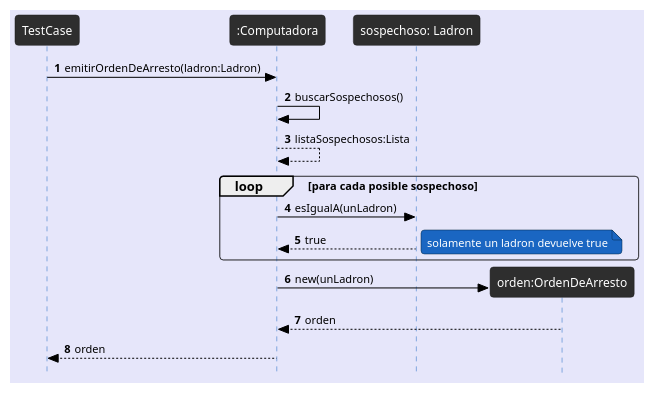
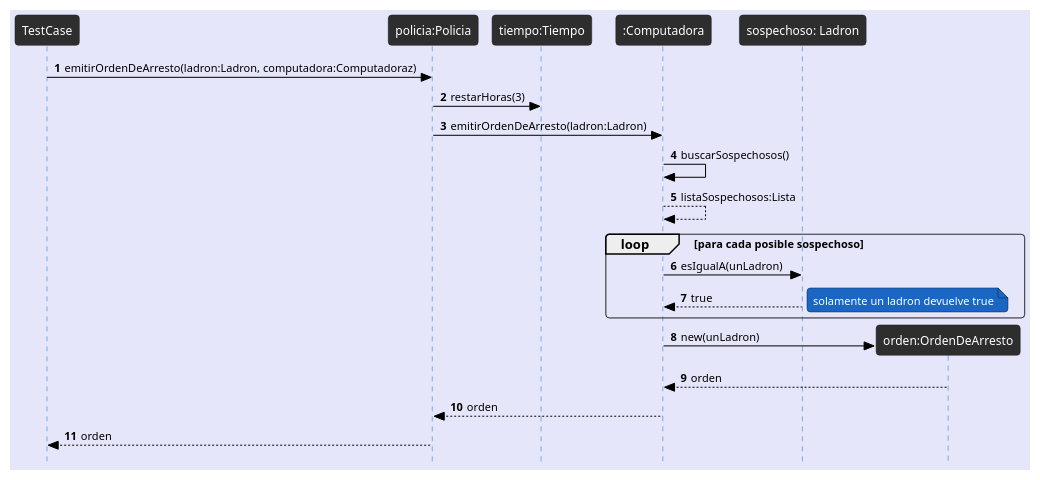
Before and after one commit to avilagaston9/algo3_tp2: the diagram in docs/Diagramas/Secuencia/ComputadoraRecibeEmitirOrdenDeArresto.plantuml, drawn with PlantUML.

Commit message:
corrijo ds emitir orden de arresto

```diff
--- a/docs/Diagramas/Secuencia/ComputadoraRecibeEmitirOrdenDeArresto.plantuml
+++ b/docs/Diagramas/Secuencia/ComputadoraRecibeEmitirOrdenDeArresto.plantuml
@@ -1,32 +1,34 @@
 @startuml
 !theme reddress-darkblue
 autonumber
 skinparam style strictuml
 skinparam BackGroundColor lavender
 skinparam RoundCorner 7
 skinparam SequenceGroupFontColor black
 skinparam SequenceGroupBorderColor black
 skinparam SequenceGroupBorderThickness 0.5
 skinparam ArrowFontColor black
 skinparam ArrowColor black
 skinparam ActorFontColor black
 skinparam participantFontSize 12
 skinparam SequenceLifeLineBackGroundColor 2e2e2e
 
-TestCase -> ":Computadora" as Computadora: emitirOrdenDeArresto(ladron:Ladron)
+TestCase -> "policia:Policia" as policia: emitirOrdenDeArresto(ladron:Ladron, computadora:Computadoraz)
+policia -> "tiempo:Tiempo" as tiempo: restarHoras(3)
+policia -> ":Computadora" as Computadora: emitirOrdenDeArresto(ladron:Ladron)
 Computadora -> Computadora: buscarSospechosos()
 Computadora --> Computadora: listaSospechosos:Lista
 loop para cada posible sospechoso 
 Computadora -> "sospechoso: Ladron" as ladron: esIgualA(unLadron)
 ladron --> Computadora: true 
 note right
     solamente un ladron devuelve true
 end note
 end
 create "orden:OrdenDeArresto" as orden
 Computadora -> orden : new(unLadron)
 orden --> Computadora : orden
-Computadora --> TestCase :orden
-
+Computadora --> policia :orden
+policia --> TestCase: orden
 
 @enduml
```
